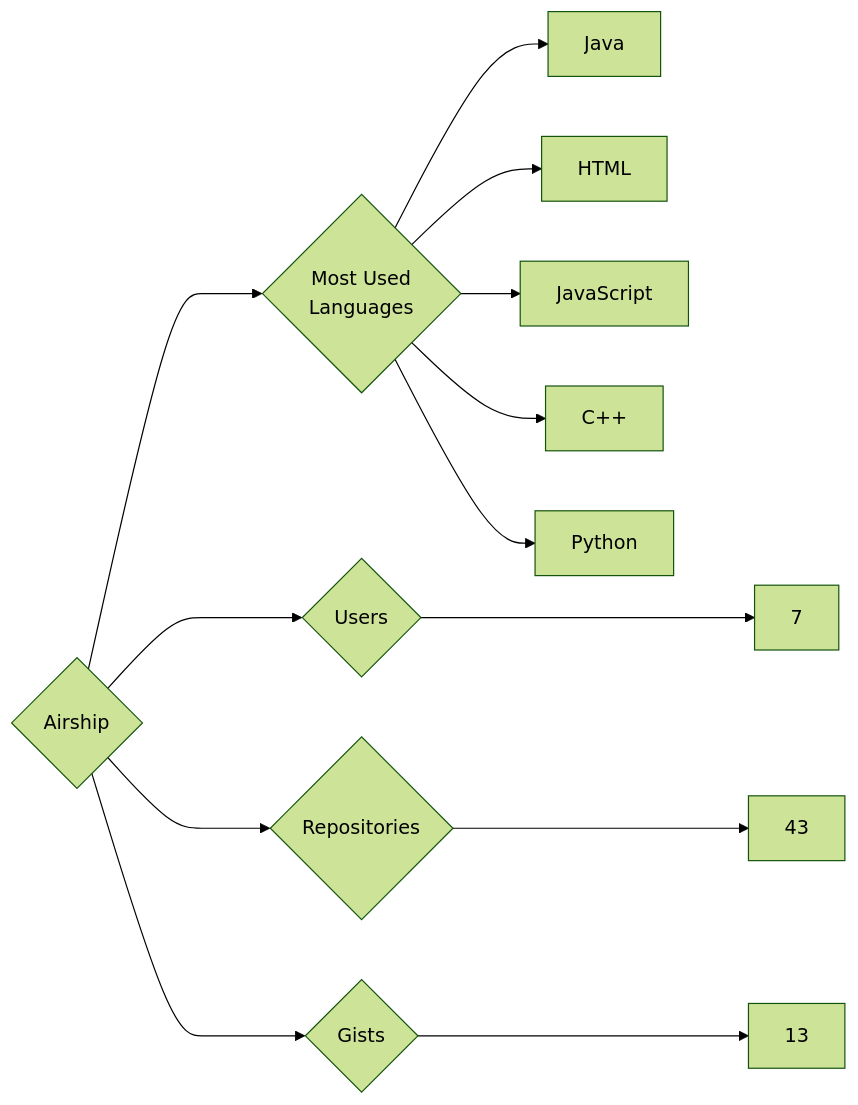
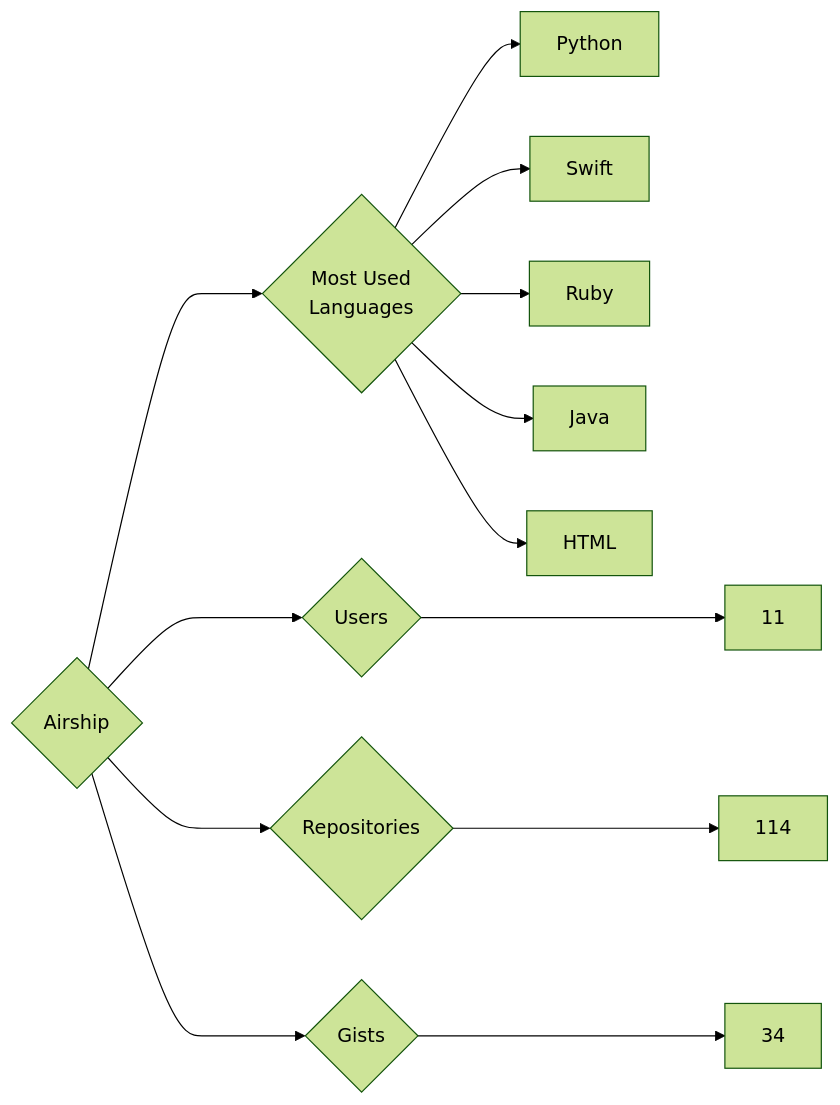
The diagram in targets/Airship/README.md (trickest/insiders), drawn with Mermaid (forest theme) before and after one commit. The commit also changed 1238 other files, not shown here.

````diff
--- a/targets/Airship/README.md
+++ b/targets/Airship/README.md
@@ -3,13 +3,13 @@
 ```mermaid
 graph LR
 COMPANY_NAME{Airship}
-COMPANY_NAME ---> U{Users} ---> UN[7]
-COMPANY_NAME ---> R{Repositories} ---> RN[43]
-COMPANY_NAME ---> G{Gists} ---> GN[13]
+COMPANY_NAME ---> U{Users} ---> UN[11]
+COMPANY_NAME ---> R{Repositories} ---> RN[114]
+COMPANY_NAME ---> G{Gists} ---> GN[34]
 COMPANY_NAME ---> ML{Most Used<br>Languages}
+ML --> Python[Python]
+ML --> Swift[Swift]
+ML --> Ruby[Ruby]
 ML --> Java[Java]
 ML --> HTML[HTML]
-ML --> JavaScript[JavaScript]
-ML --> C++[C++]
-ML --> Python[Python]
 ```
````
